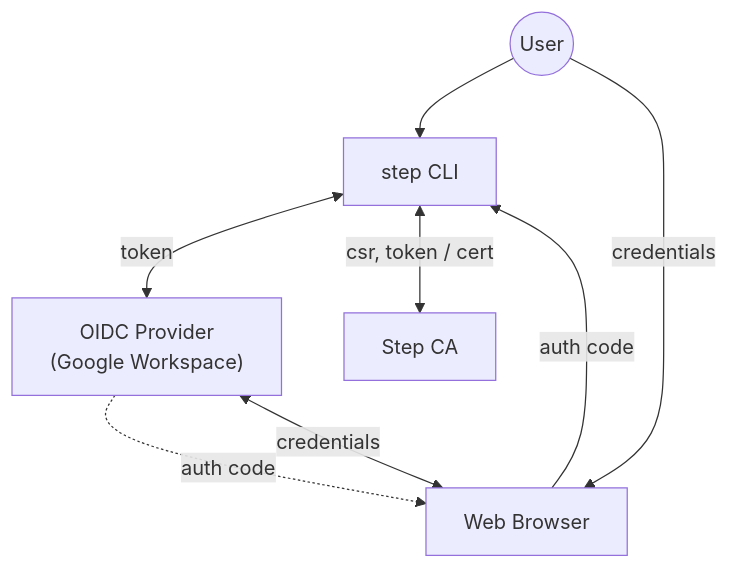
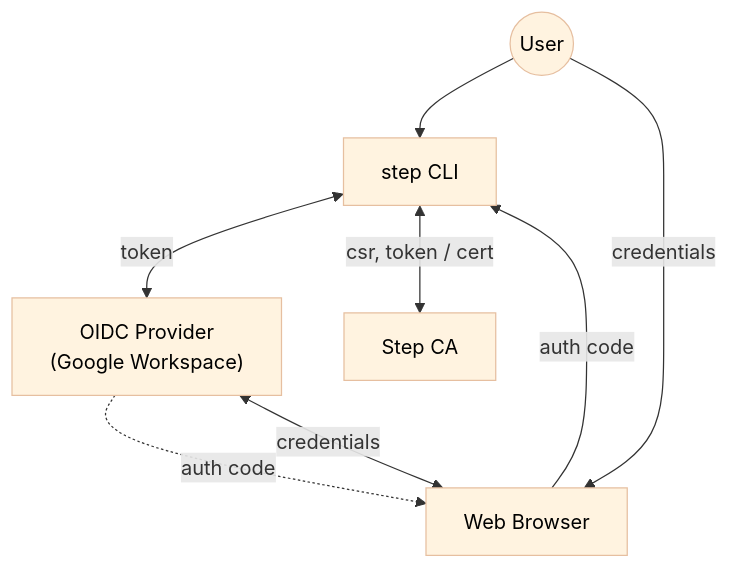
The first of 2 diagrams in tutorial-03/README.md (hshimoji/step-ca-tutorial), drawn with Mermaid before and after one commit. The commit also changed other lines of this file and 1 other file, not shown here.

Commit message:
Update README.md fiels

````diff
--- a/tutorial-03/README.md
+++ b/tutorial-03/README.md
@@ -17,16 +17,23 @@
 ```mermaid
+%%{init: {"themeVariables":{"nodeBkg":"#fff3e0","nodeTextColor":"#000","edgeColor":"#e6bfa0"}}}%%
 graph TD
     User((User))
     Browser["Web Browser"]
     CLI[step CLI]
     CA[Step CA]
     OIDC["OIDC Provider<br/>(Google Workspace)"]
+
+    style User fill:#fff3e0,stroke:#e6bfa0,stroke-width:1px,color:#000
+    style Browser fill:#fff3e0,stroke:#e6bfa0,stroke-width:1px,color:#000
+    style CLI fill:#fff3e0,stroke:#e6bfa0,stroke-width:1px,color:#000
+    style CA fill:#fff3e0,stroke:#e6bfa0,stroke-width:1px,color:#000
+    style OIDC fill:#fff3e0,stroke:#e6bfa0,stroke-width:1px,color:#000
 
     User --> CLI
     User -->|credentials| Browser
     Browser <-->|credentials| OIDC
     OIDC -.->|auth code| Browser
     Browser -->|auth code| CLI
     CLI <-->|token| OIDC
     CLI <-->|"csr, token / cert"| CA
 ```
````
